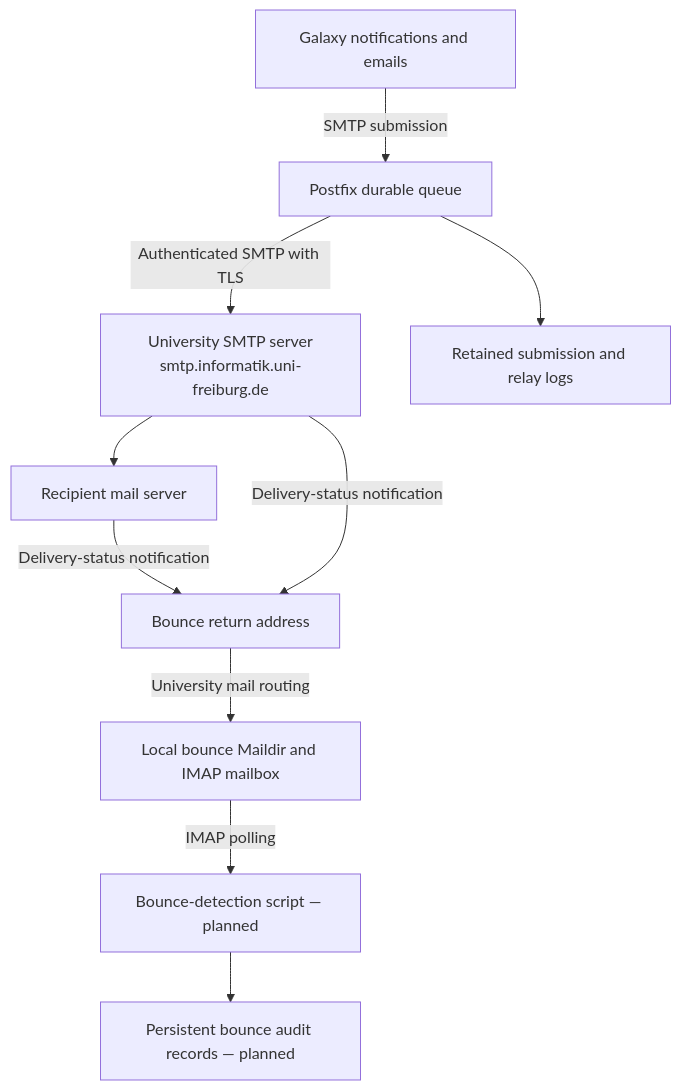
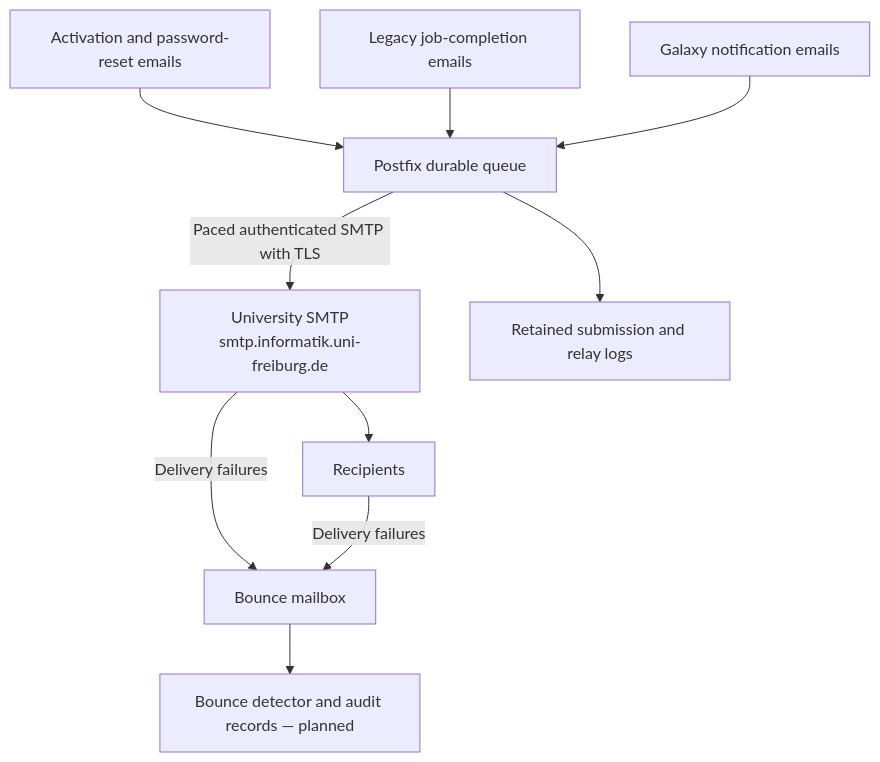
Before and after one commit to gsaudade99/infrastructure-playbook: the diagram in roles/usegalaxy-eu.postfix-relay/README.md, drawn with Mermaid. The commit also changed other lines of this file and 13 other files, not shown here.

````diff
--- a/roles/usegalaxy-eu.postfix-relay/README.md
+++ b/roles/usegalaxy-eu.postfix-relay/README.md
@@ -13,12 +11,12 @@
 ```mermaid
 flowchart TD
-    G[Galaxy notifications and emails] -->|SMTP submission| P[Postfix durable queue]
-    P -->|Authenticated SMTP with TLS| U["University SMTP server<br/>smtp.informatik.uni-freiburg.de"]
-    U --> R[Recipient mail server]
-    R -->|Delivery-status notification| B[Bounce return address]
-    U -->|Delivery-status notification| B
-    B -->|University mail routing| M[Local bounce Maildir and IMAP mailbox]
-    M -->|IMAP polling| S["Bounce-detection script — planned"]
-    S --> D["Persistent bounce audit records — planned"]
+    A[Activation and password-reset emails] --> P[Postfix durable queue]
+    J[Legacy job-completion emails] --> P
+    N[Galaxy notification emails] --> P
+    P -->|Paced authenticated SMTP with TLS| U["University SMTP<br/>smtp.informatik.uni-freiburg.de"]
+    U --> R[Recipients]
     P --> L[Retained submission and relay logs]
+    U -->|Delivery failures| B[Bounce mailbox]
+    R -->|Delivery failures| B
+    B --> S["Bounce detector and audit records — planned"]
 ```
````
